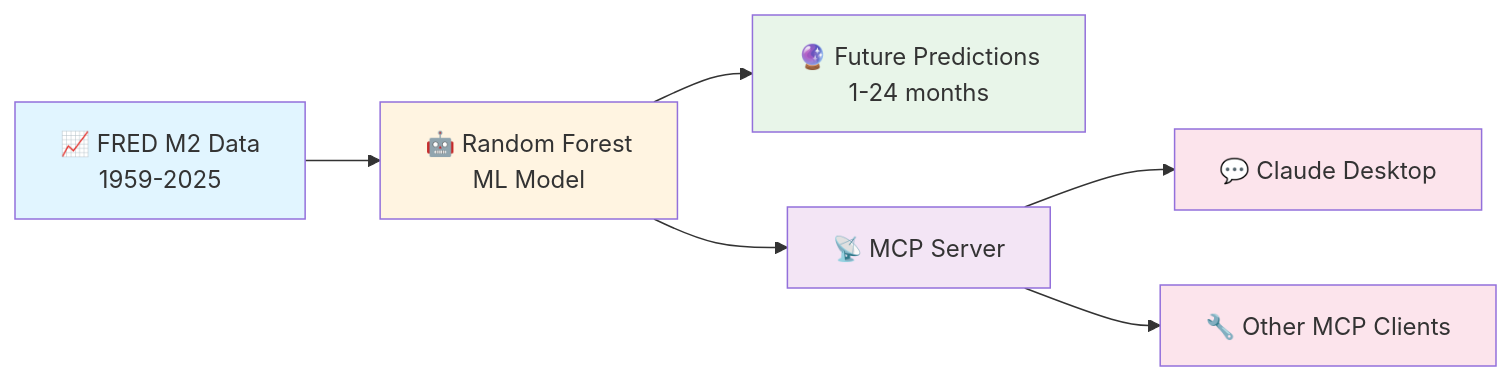
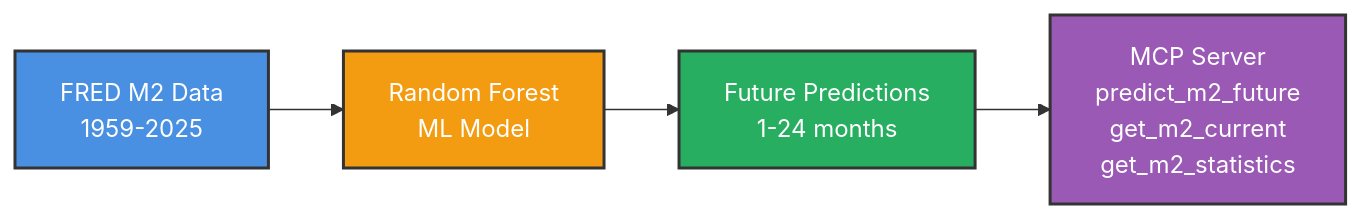
The diagram in README.md (wuchris-ch/finance-macro-predictor), drawn with Mermaid before and after one commit. The commit also changed other lines of this file, not shown here.

Commit message:
Simplify Mermaid diagram and improve dark mode visibility

````diff
--- a/README.md
+++ b/README.md
@@ -9,15 +9,11 @@
 ```mermaid
 graph LR
-    A[📈 FRED M2 Data<br/>1959-2025] --> B[🤖 Random Forest<br/>ML Model]
-    B --> C[🔮 Future Predictions<br/>1-24 months]
-    B --> D[📡 MCP Server]
-    D --> E[💬 Claude Desktop]
-    D --> F[🔧 Other MCP Clients]
+    A[FRED M2 Data<br/>1959-2025] --> B[Random Forest<br/>ML Model]
+    B --> C[Future Predictions<br/>1-24 months]
+    C --> D[MCP Server<br/>predict_m2_future<br/>get_m2_current<br/>get_m2_statistics]
     
-    style A fill:#e1f5ff
-    style B fill:#fff4e1
-    style C fill:#e8f5e9
-    style D fill:#f3e5f5
-    style E fill:#fce4ec
-    style F fill:#fce4ec
+    style A fill:#4a90e2,stroke:#333,stroke-width:2px,color:#fff
+    style B fill:#f39c12,stroke:#333,stroke-width:2px,color:#fff
+    style C fill:#27ae60,stroke:#333,stroke-width:2px,color:#fff
+    style D fill:#9b59b6,stroke:#333,stroke-width:2px,color:#fff
 ```
````
